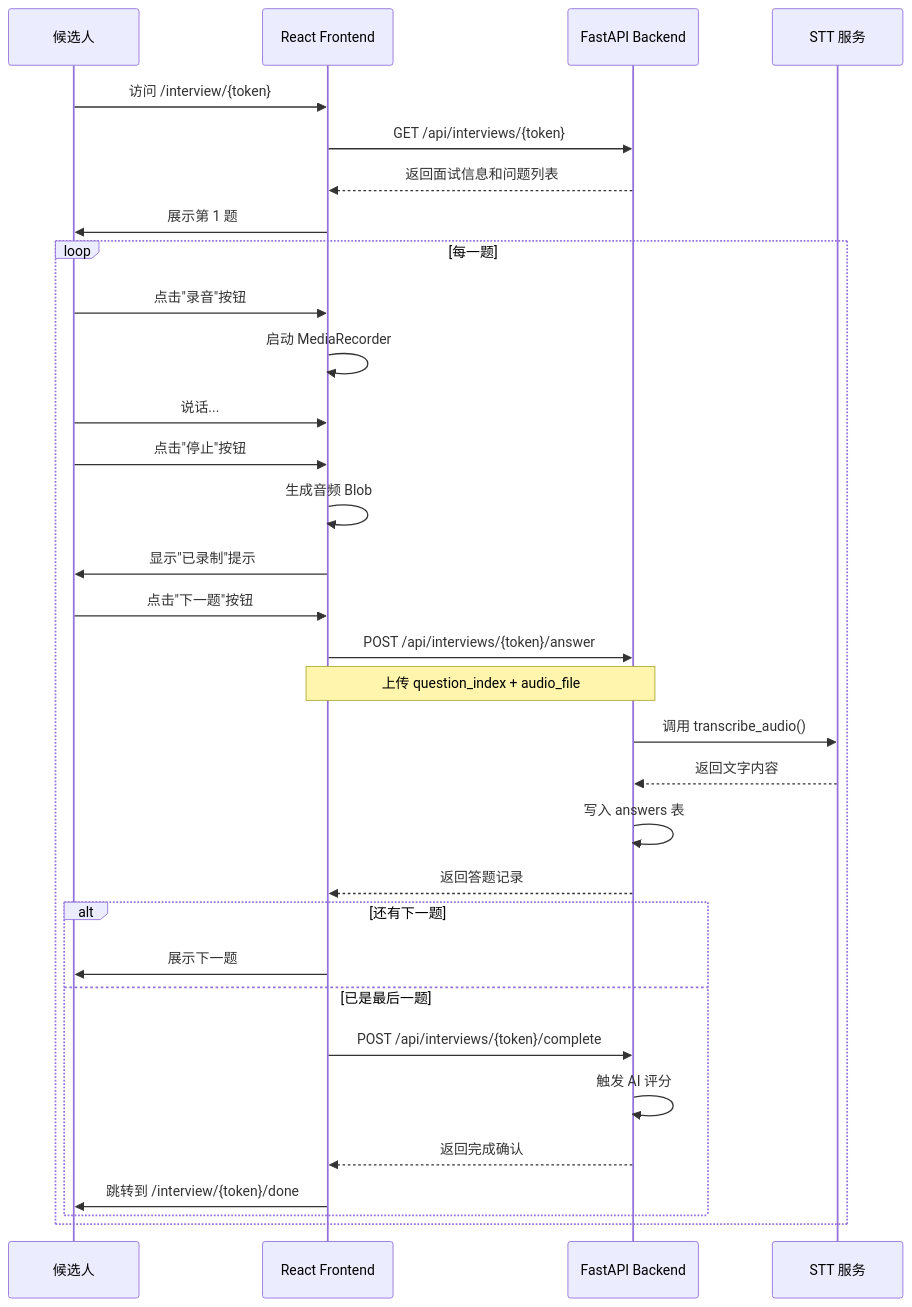
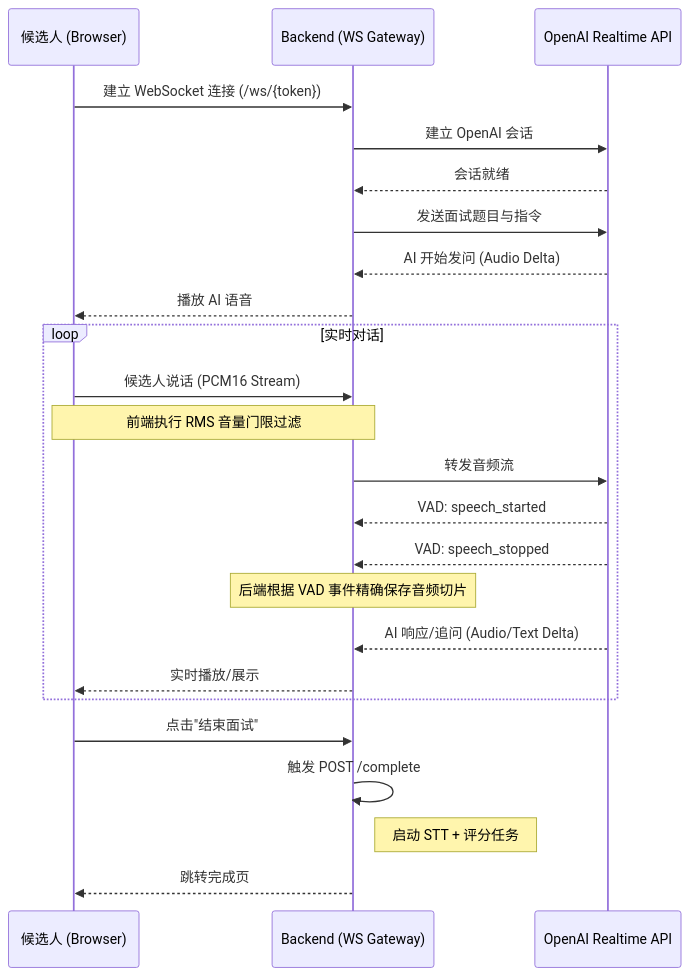
The diagram in spec_doc/2.2_candidate_interview.md (cziwen/AI_Interviewer), drawn with Mermaid before and after one commit. The commit also changed other lines of this file and 18 other files, not shown here.

````diff
--- a/spec_doc/2.2_candidate_interview.md
+++ b/spec_doc/2.2_candidate_interview.md
@@ -15,36 +8,29 @@
 ```mermaid
 sequenceDiagram
-    participant C as 候选人
-    participant FE as React Frontend
-    participant API as FastAPI Backend
-    participant STT as STT 服务
+    participant C as 候选人 (Browser)
+    participant BE as Backend (WS Gateway)
+    participant RT as OpenAI Realtime API
 
-    C->>FE: 访问 /interview/{token}
-    FE->>API: GET /api/interviews/{token}
-    API-->>FE: 返回面试信息和问题列表
-    FE->>C: 展示第 1 题
+    C->>BE: 建立 WebSocket 连接 (/ws/{token})
+    BE->>RT: 建立 OpenAI 会话
+    RT-->>BE: 会话就绪
+    BE->>RT: 发送面试题目与指令
+    RT-->>BE: AI 开始发问 (Audio Delta)
+    BE-->>C: 播放 AI 语音
+    
+    loop 实时对话
+        C->>BE: 候选人说话 (PCM16 Stream)
+        Note over C,BE: 前端执行 RMS 音量门限过滤
+        BE->>RT: 转发音频流
+        RT-->>BE: VAD: speech_started
+        RT-->>BE: VAD: speech_stopped
+        Note over BE: 后端根据 VAD 事件精确保存音频切片
+        RT-->>BE: AI 响应/追问 (Audio/Text Delta)
+        BE-->>C: 实时播放/展示
+    end
 
-    loop 每一题
-        C->>FE: 点击"录音"按钮
-        FE->>FE: 启动 MediaRecorder
-        C->>FE: 说话...
-        C->>FE: 点击"停止"按钮
-        FE->>FE: 生成音频 Blob
-        FE->>C: 显示"已录制"提示
-        C->>FE: 点击"下一题"按钮
-        FE->>API: POST /api/interviews/{token}/answer
-        Note over FE,API: 上传 question_index + audio_file
-        API->>STT: 调用 transcribe_audio()
-        STT-->>API: 返回文字内容
-        API->>API: 写入 answers 表
-        API-->>FE: 返回答题记录
-        alt 还有下一题
-            FE->>C: 展示下一题
-        else 已是最后一题
-            FE->>API: POST /api/interviews/{token}/complete
-            API->>API: 触发 AI 评分
-            API-->>FE: 返回完成确认
-            FE->>C: 跳转到 /interview/{token}/done
-        end
-    end
+    C->>BE: 点击"结束面试"
+    BE->>BE: 触发 POST /complete
+    Note right of BE: 启动 STT + 评分任务
+    BE-->>C: 跳转完成页
 ```
````
